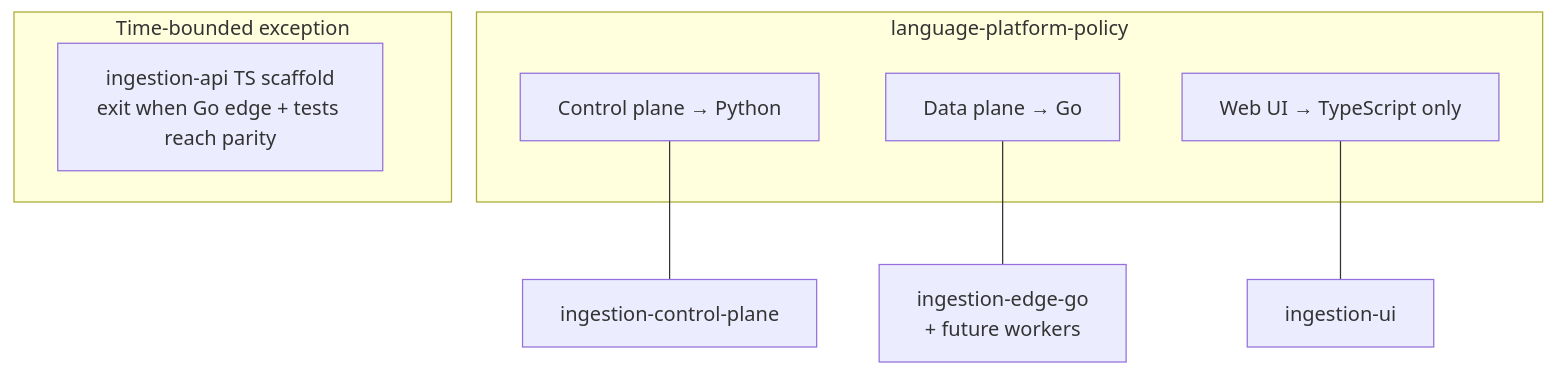
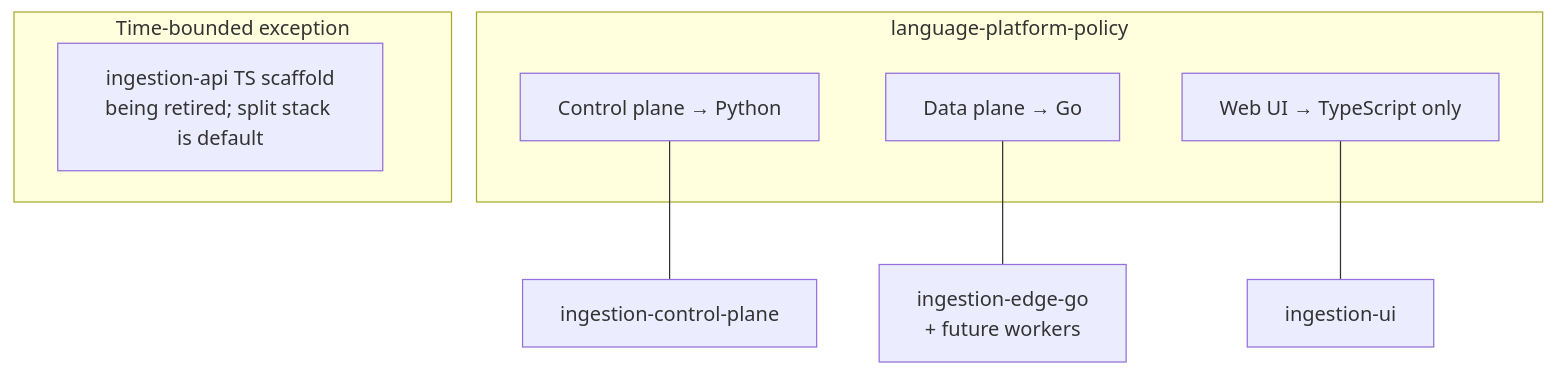
The sixth of 6 diagrams in docs/architecture/diagrams.md (BernardoCSACarreira/canal), drawn with Mermaid before and after one commit. The commit also changed other lines of this file and 2 other files, not shown here.

First line of the commit message:
docs(CAN-69): architecture reflects Go+Python split as default

````diff
--- a/docs/architecture/diagrams.md
+++ b/docs/architecture/diagrams.md
@@ -161,17 +165,17 @@
 ```mermaid
 flowchart TB
   subgraph policy["language-platform-policy"]
     CP2["Control plane → Python"]
     DP["Data plane → Go"]
     FE["Web UI → TypeScript only"]
   end
 
   subgraph exception["Time-bounded exception"]
-    TS["ingestion-api TS scaffold\nexit when Go edge + tests reach parity"]
+    TS["ingestion-api TS scaffold\nbeing retired; split stack is default"]
   end
 
   CP2 --- PY2["ingestion-control-plane"]
   DP --- GO2["ingestion-edge-go\n+ future workers"]
   FE --- UI2["ingestion-ui"]
   exception --- TS
 ```
````
